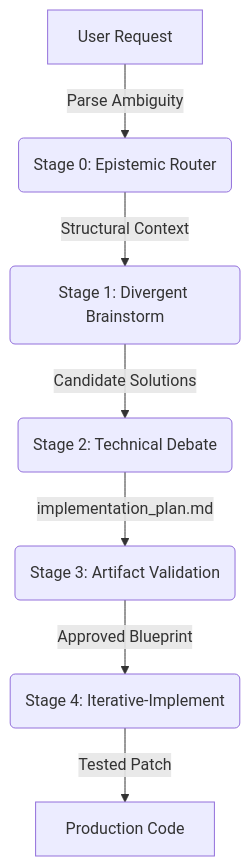
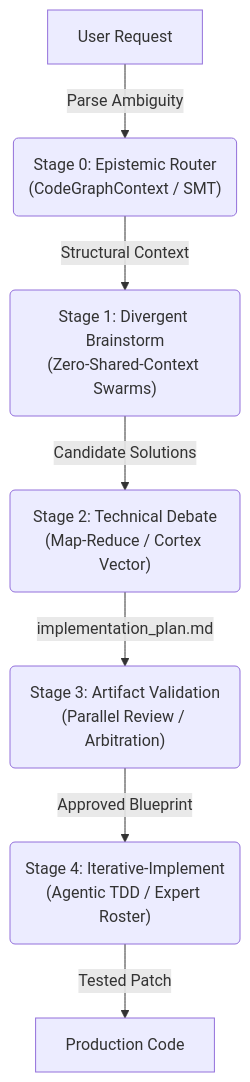
The first of 2 diagrams in README.md (nferrer-dev/antigravity-core), drawn with Mermaid before and after one commit.

Commit message:
Expand nodes in high-level diagram to include mechanisms

````diff
--- a/README.md
+++ b/README.md
@@ -20,9 +20,17 @@
 ```mermaid
 graph TD
-    A[User Request] -->|Parse Ambiguity| B(Stage 0: Epistemic Router)
-    B -->|Structural Context| C(Stage 1: Divergent Brainstorm)
-    C -->|Candidate Solutions| D(Stage 2: Technical Debate)
-    D -->|implementation_plan.md| E(Stage 3: Artifact Validation)
-    E -->|Approved Blueprint| F(Stage 4: Iterative-Implement)
-    F -->|Tested Patch| G[Production Code]
+    A[User Request]
+    B("Stage 0: Epistemic Router\n(CodeGraphContext / SMT)")
+    C("Stage 1: Divergent Brainstorm\n(Zero-Shared-Context Swarms)")
+    D("Stage 2: Technical Debate\n(Map-Reduce / Cortex Vector)")
+    E("Stage 3: Artifact Validation\n(Parallel Review / Arbitration)")
+    F("Stage 4: Iterative-Implement\n(Agentic TDD / Expert Roster)")
+    G[Production Code]
+
+    A -->|Parse Ambiguity| B
+    B -->|Structural Context| C
+    C -->|Candidate Solutions| D
+    D -->|implementation_plan.md| E
+    E -->|Approved Blueprint| F
+    F -->|Tested Patch| G
 ```
````
